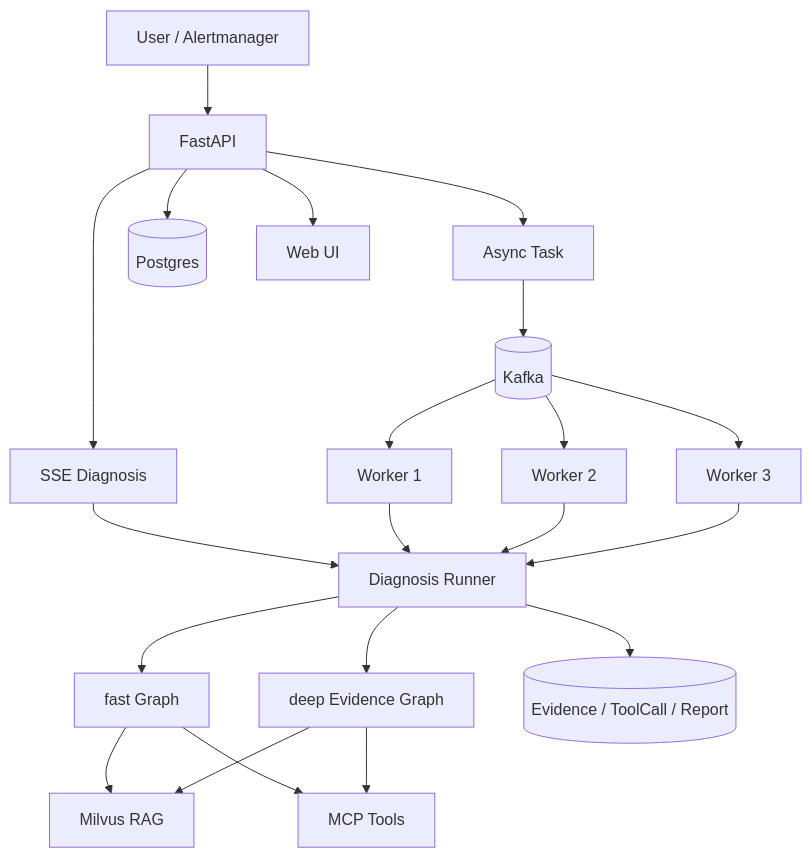
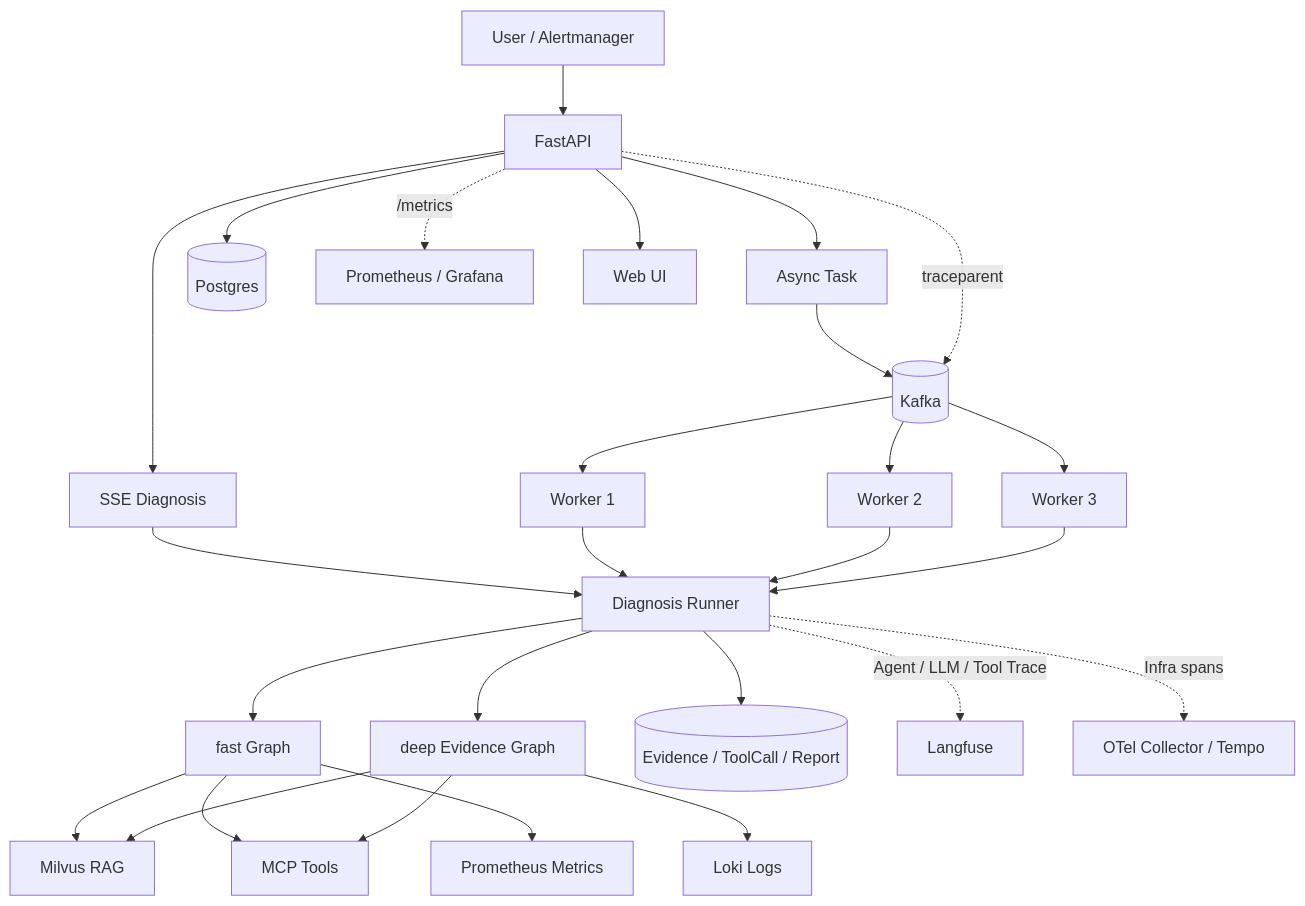
One commit to 56wj/mutil-rag-agent-main changed the diagram in README.md. Above: the diagram before and after it, drawn with Mermaid. The commit also changed other lines of this file and 63 other files, not shown here.

````diff
--- a/README.md
+++ b/README.md
@@ -27,23 +29,29 @@
 ```mermaid
 flowchart TD
     U[User / Alertmanager] --> API[FastAPI]
     API --> SYNC[SSE Diagnosis]
     API --> TASK[Async Task]
     API --> DB[(Postgres)]
     TASK --> QUEUE[(Kafka)]
     QUEUE --> W1[Worker 1]
     QUEUE --> W2[Worker 2]
     QUEUE --> W3[Worker 3]
     SYNC --> RUNNER[Diagnosis Runner]
     W1 --> RUNNER
     W2 --> RUNNER
     W3 --> RUNNER
     RUNNER --> FAST[fast Graph]
     RUNNER --> DEEP[deep Evidence Graph]
     FAST --> RAG[Milvus RAG]
     DEEP --> RAG
     FAST --> MCP[MCP Tools]
     DEEP --> MCP
+    FAST --> PROM[Prometheus Metrics]
+    DEEP --> LOKI[Loki Logs]
     RUNNER --> EVIDENCE[(Evidence / ToolCall / Report)]
+    API -. traceparent .-> QUEUE
+    API -. /metrics .-> OBS[Prometheus / Grafana]
+    RUNNER -. Agent / LLM / Tool Trace .-> LF[Langfuse]
+    RUNNER -. Infra spans .-> TEMPO[OTel Collector / Tempo]
     API --> UI[Web UI]
 ```
````
